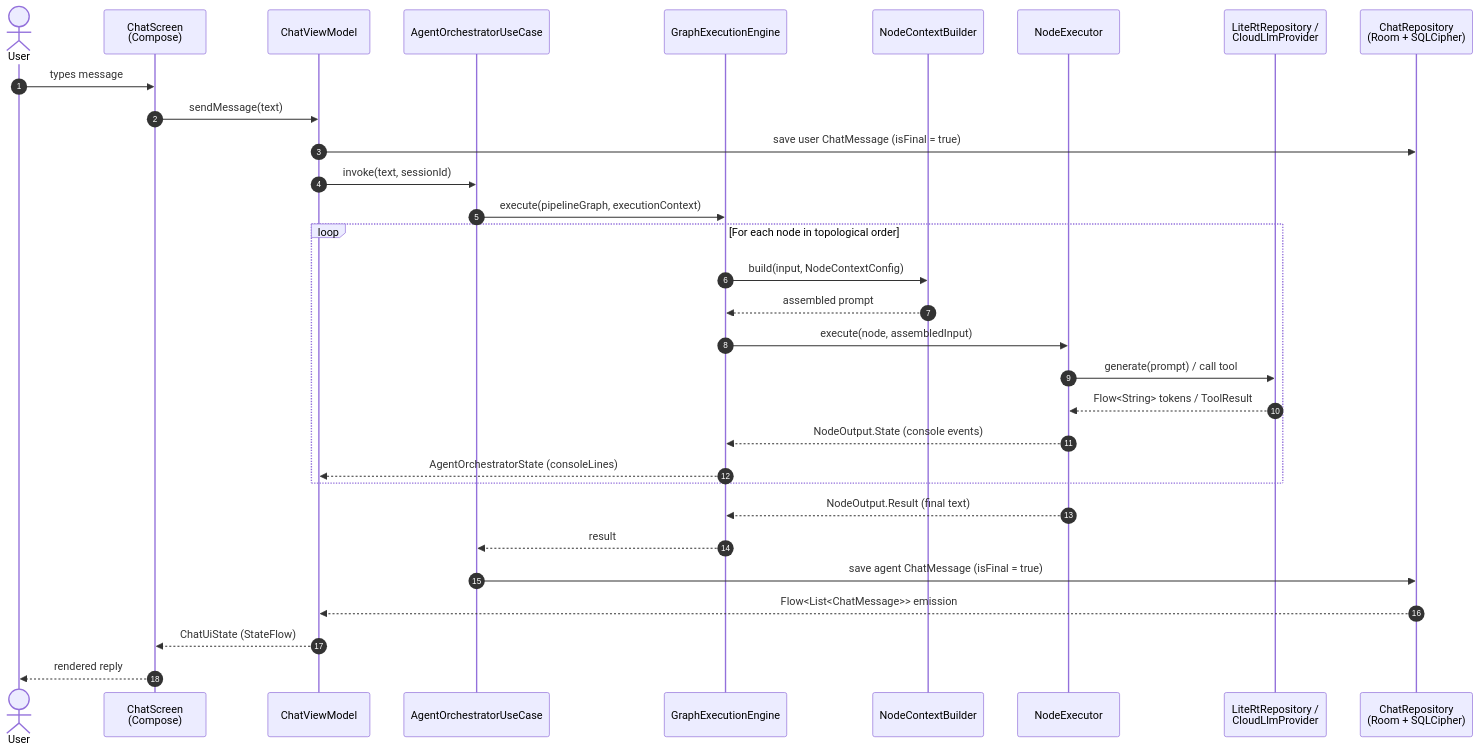
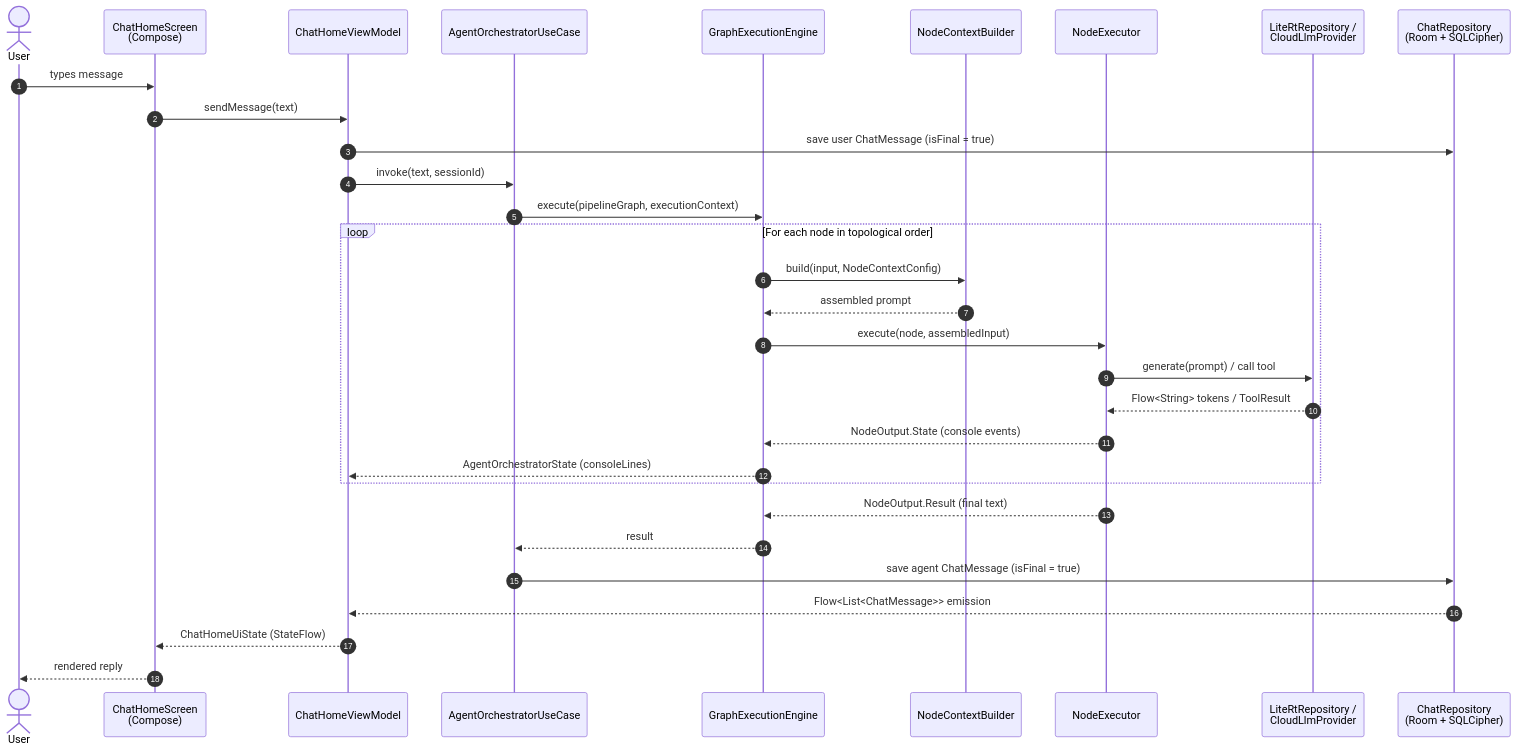
The second of 3 diagrams in docs/architecture.md (alexeyw/PersonalAndroidAIAgent), drawn with Mermaid before and after one commit. The commit also changed other lines of this file and 7 other files, not shown here.

````diff
--- a/docs/architecture.md
+++ b/docs/architecture.md
@@ -113,34 +113,34 @@
 ```mermaid
 sequenceDiagram
     autonumber
     actor User
-    participant UI as ChatScreen<br/>(Compose)
-    participant VM as ChatViewModel
+    participant UI as ChatHomeScreen<br/>(Compose)
+    participant VM as ChatHomeViewModel
     participant UC as AgentOrchestratorUseCase
     participant Engine as GraphExecutionEngine
     participant Ctx as NodeContextBuilder
     participant Exec as NodeExecutor
     participant LLM as LiteRtRepository /<br/>CloudLlmProvider
     participant Repo as ChatRepository<br/>(Room + SQLCipher)
 
     User->>UI: types message
     UI->>VM: sendMessage(text)
     VM->>Repo: save user ChatMessage (isFinal = true)
     VM->>UC: invoke(text, sessionId)
     UC->>Engine: execute(pipelineGraph, executionContext)
     loop For each node in topological order
         Engine->>Ctx: build(input, NodeContextConfig)
         Ctx-->>Engine: assembled prompt
         Engine->>Exec: execute(node, assembledInput)
         Exec->>LLM: generate(prompt) / call tool
         LLM-->>Exec: Flow<String> tokens / ToolResult
         Exec-->>Engine: NodeOutput.State (console events)
         Engine-->>VM: AgentOrchestratorState (consoleLines)
     end
     Exec-->>Engine: NodeOutput.Result (final text)
     Engine-->>UC: result
     UC->>Repo: save agent ChatMessage (isFinal = true)
     Repo-->>VM: Flow<List<ChatMessage>> emission
-    VM-->>UI: ChatUiState (StateFlow)
+    VM-->>UI: ChatHomeUiState (StateFlow)
     UI-->>User: rendered reply
 ```
````
